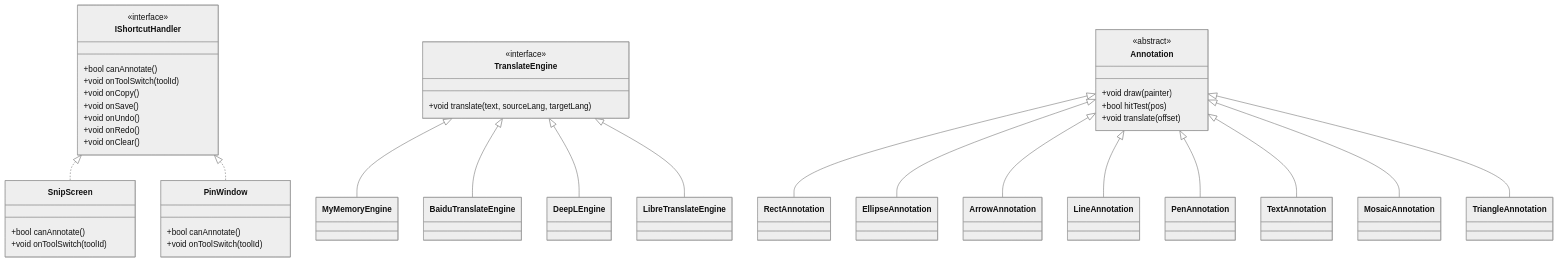
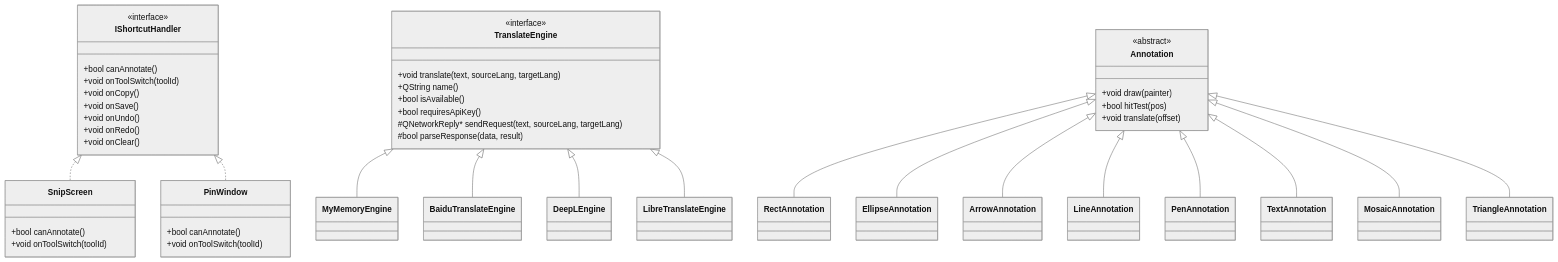
Before and after one commit to ChiangyangNPU/quick-shot: diagram 23 of 35 in docs/architecture.md, drawn with Mermaid (neutral theme). The commit also changed other lines of this file and 3 other files, not shown here.

````diff
--- a/docs/architecture.md
+++ b/docs/architecture.md
@@ -2722,64 +2752,69 @@
 ```mermaid
 classDiagram
     class IShortcutHandler {
         <<interface>>
         +bool canAnnotate()
         +void onToolSwitch(toolId)
         +void onCopy()
         +void onSave()
         +void onUndo()
         +void onRedo()
         +void onClear()
     }
     
     class SnipScreen {
         +bool canAnnotate()
         +void onToolSwitch(toolId)
     }
     
     class PinWindow {
         +bool canAnnotate()
         +void onToolSwitch(toolId)
     }
     
     class TranslateEngine {
         <<interface>>
         +void translate(text, sourceLang, targetLang)
+        +QString name()
+        +bool isAvailable()
+        +bool requiresApiKey()
+        #QNetworkReply* sendRequest(text, sourceLang, targetLang)
+        #bool parseResponse(data, result)
     }
     
     class MyMemoryEngine
     class BaiduTranslateEngine
     class DeepLEngine
     class LibreTranslateEngine
     
     class Annotation {
         <<abstract>>
         +void draw(painter)
         +bool hitTest(pos)
         +void translate(offset)
     }
     
     class RectAnnotation
     class EllipseAnnotation
     class ArrowAnnotation
     class LineAnnotation
     class PenAnnotation
     class TextAnnotation
     class MosaicAnnotation
     class TriangleAnnotation
 
     IShortcutHandler <|.. SnipScreen
     IShortcutHandler <|.. PinWindow
     TranslateEngine <|-- MyMemoryEngine
     TranslateEngine <|-- BaiduTranslateEngine
     TranslateEngine <|-- DeepLEngine
     TranslateEngine <|-- LibreTranslateEngine
     Annotation <|-- RectAnnotation
     Annotation <|-- EllipseAnnotation
     Annotation <|-- ArrowAnnotation
     Annotation <|-- LineAnnotation
     Annotation <|-- PenAnnotation
     Annotation <|-- TextAnnotation
     Annotation <|-- MosaicAnnotation
     Annotation <|-- TriangleAnnotation
 ```
````
